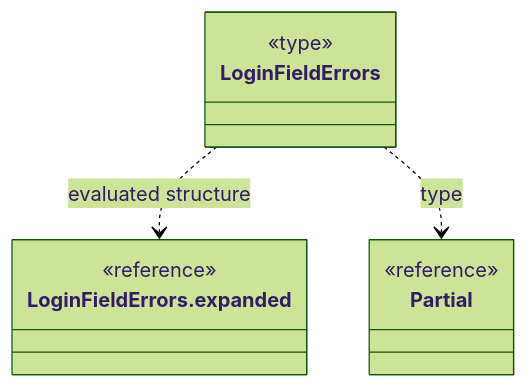
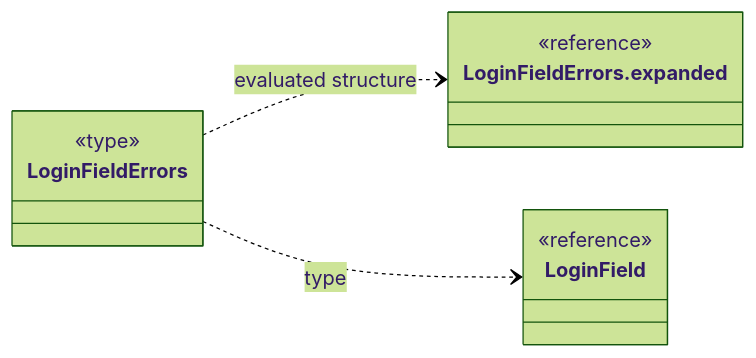
Before and after one commit to gpgsistemas01/nexus: the sixth of 21 diagrams in front/docs/architecture/views/logical/type-reference/auth.md, drawn with Mermaid (forest theme). The commit also changed other lines of this file and 37 other files, not shown here.

Commit message:
docs: depurar diagramas y conservar contratos propios del frontend

````diff
--- a/front/docs/architecture/views/logical/type-reference/auth.md
+++ b/front/docs/architecture/views/logical/type-reference/auth.md
@@ -164,15 +150,15 @@
 ```mermaid
 classDiagram
-    direction TB
+    direction LR
     class Subject["LoginFieldErrors"] {
         <<type>>
     }
     class R0["LoginFieldErrors.expanded"] {
         <<reference>>
     }
-    class R1["Partial"] {
+    class R1["LoginField"] {
         <<reference>>
     }
     Subject ..> R0 : evaluated structure
     Subject ..> R1 : type
 ```
````
